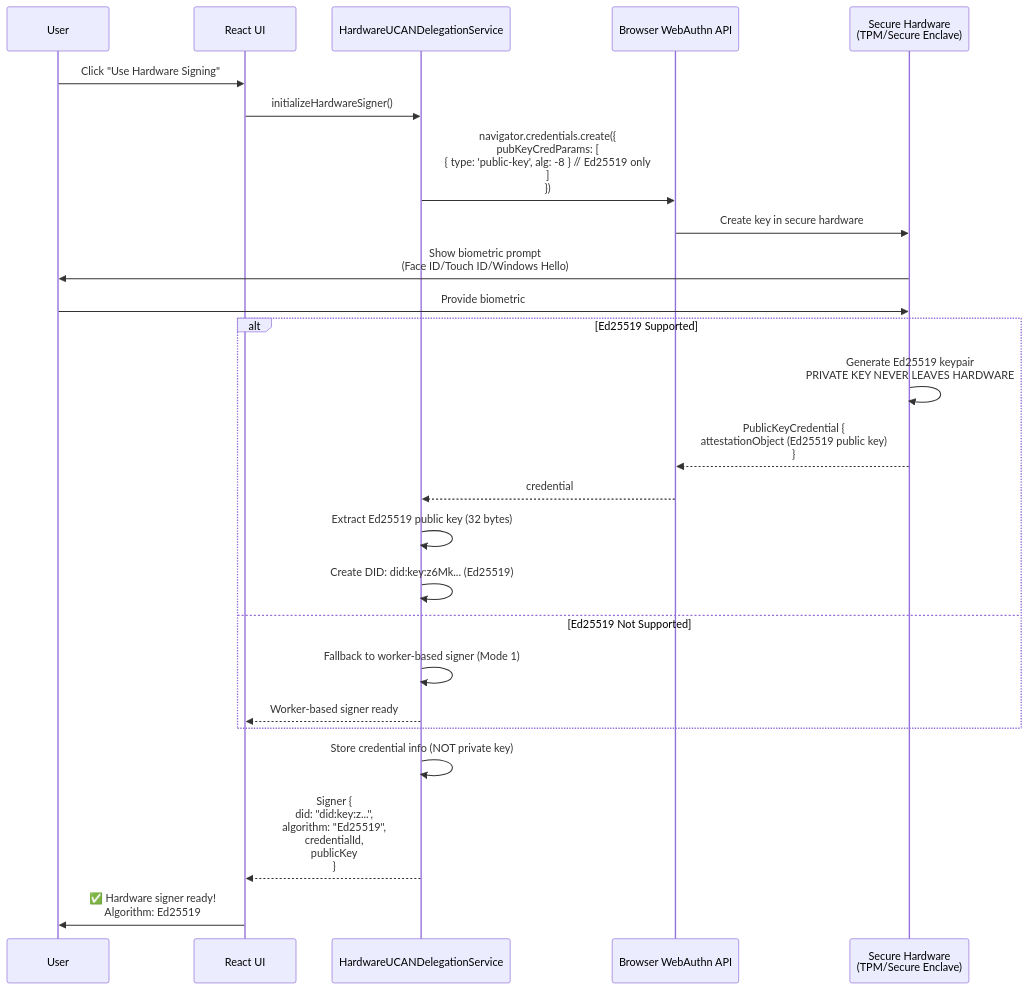
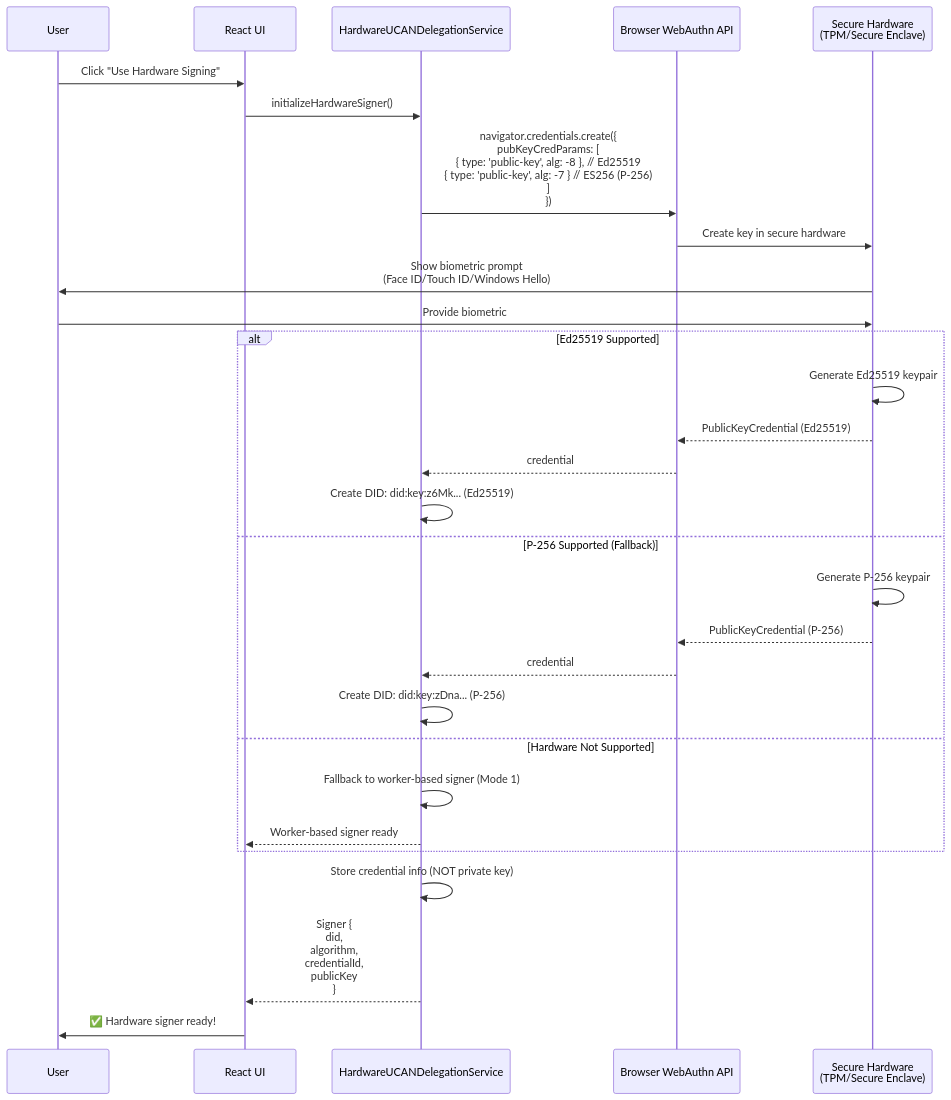
The third of 13 diagrams in docs/ARCHITECTURE_FLOW.md (NiKrause/ucan-upload-wall), drawn with Mermaid before and after one commit. The commit also changed other lines of this file and 1 other file, not shown here.

Commit message:
feat(webauthn): add P-256 support to varsig v1 flow

````diff
--- a/docs/ARCHITECTURE_FLOW.md
+++ b/docs/ARCHITECTURE_FLOW.md
@@ -195,32 +195,36 @@
 ```mermaid
 sequenceDiagram
     participant User
     participant UI as React UI
     participant HardwareService as HardwareUCANDelegationService
     participant Browser as Browser WebAuthn API
     participant Hardware as Secure Hardware<br/>(TPM/Secure Enclave)
 
     User->>UI: Click "Use Hardware Signing"
     UI->>HardwareService: initializeHardwareSigner()
     
-    HardwareService->>Browser: navigator.credentials.create({<br/>  pubKeyCredParams: [<br/>    { type: 'public-key', alg: -8 }   // Ed25519 only<br/>  ]<br/>})
+    HardwareService->>Browser: navigator.credentials.create({<br/>  pubKeyCredParams: [<br/>    { type: 'public-key', alg: -8 },  // Ed25519<br/>    { type: 'public-key', alg: -7 }   // ES256 (P-256)<br/>  ]<br/>})
     Browser->>Hardware: Create key in secure hardware
     Hardware->>User: Show biometric prompt<br/>(Face ID/Touch ID/Windows Hello)
     User->>Hardware: Provide biometric
     
     alt Ed25519 Supported
-        Hardware->>Hardware: Generate Ed25519 keypair<br/>PRIVATE KEY NEVER LEAVES HARDWARE
-        Hardware-->>Browser: PublicKeyCredential {<br/>  attestationObject (Ed25519 public key)<br/>}
+        Hardware->>Hardware: Generate Ed25519 keypair
+        Hardware-->>Browser: PublicKeyCredential (Ed25519)
         Browser-->>HardwareService: credential
-        HardwareService->>HardwareService: Extract Ed25519 public key (32 bytes)
         HardwareService->>HardwareService: Create DID: did:key:z6Mk... (Ed25519)
-    else Ed25519 Not Supported
+    else P-256 Supported (Fallback)
+        Hardware->>Hardware: Generate P-256 keypair
+        Hardware-->>Browser: PublicKeyCredential (P-256)
+        Browser-->>HardwareService: credential
+        HardwareService->>HardwareService: Create DID: did:key:zDna... (P-256)
+    else Hardware Not Supported
         HardwareService->>HardwareService: Fallback to worker-based signer (Mode 1)
         HardwareService-->>UI: Worker-based signer ready
     end
     
     HardwareService->>HardwareService: Store credential info (NOT private key)
     
-    HardwareService-->>UI: Signer {<br/>  did: "did:key:z...",<br/>  algorithm: "Ed25519",<br/>  credentialId,<br/>  publicKey<br/>}
-    UI->>User: ✅ Hardware signer ready!<br/>Algorithm: Ed25519
+    HardwareService-->>UI: Signer {<br/>  did,<br/>  algorithm,<br/>  credentialId,<br/>  publicKey<br/>}
+    UI->>User: ✅ Hardware signer ready!
 ```
````
